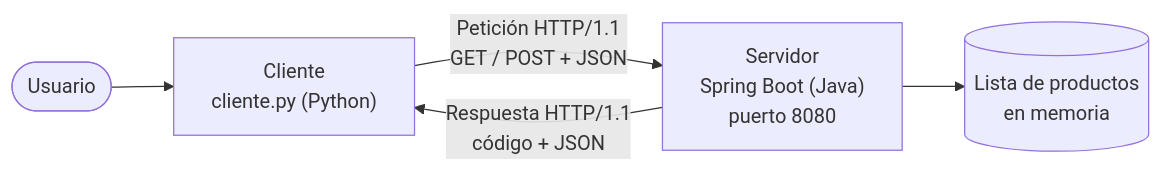
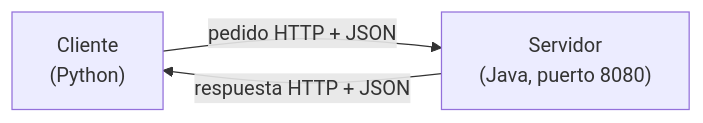
One commit to santoss300/Ambientes-distribuidos changed the diagram in TP7/README.md. Above: the diagram before and after it, drawn with Mermaid. The commit also changed other lines of this file, not shown here.

````diff
--- a/TP7/README.md
+++ b/TP7/README.md
@@ -62,7 +40,5 @@
 ```mermaid
 flowchart LR
-    U([Usuario]) --> C["Cliente<br/>cliente.py (Python)"]
-    C -- "Petición HTTP/1.1<br/>GET / POST + JSON" --> S["Servidor<br/>Spring Boot (Java)<br/>puerto 8080"]
-    S -- "Respuesta HTTP/1.1<br/>código + JSON" --> C
-    S --> L[("Lista de productos<br/>en memoria")]
+    C["Cliente<br/>(Python)"] -- "pedido HTTP + JSON" --> S["Servidor<br/>(Java, puerto 8080)"]
+    S -- "respuesta HTTP + JSON" --> C
 ```
````
